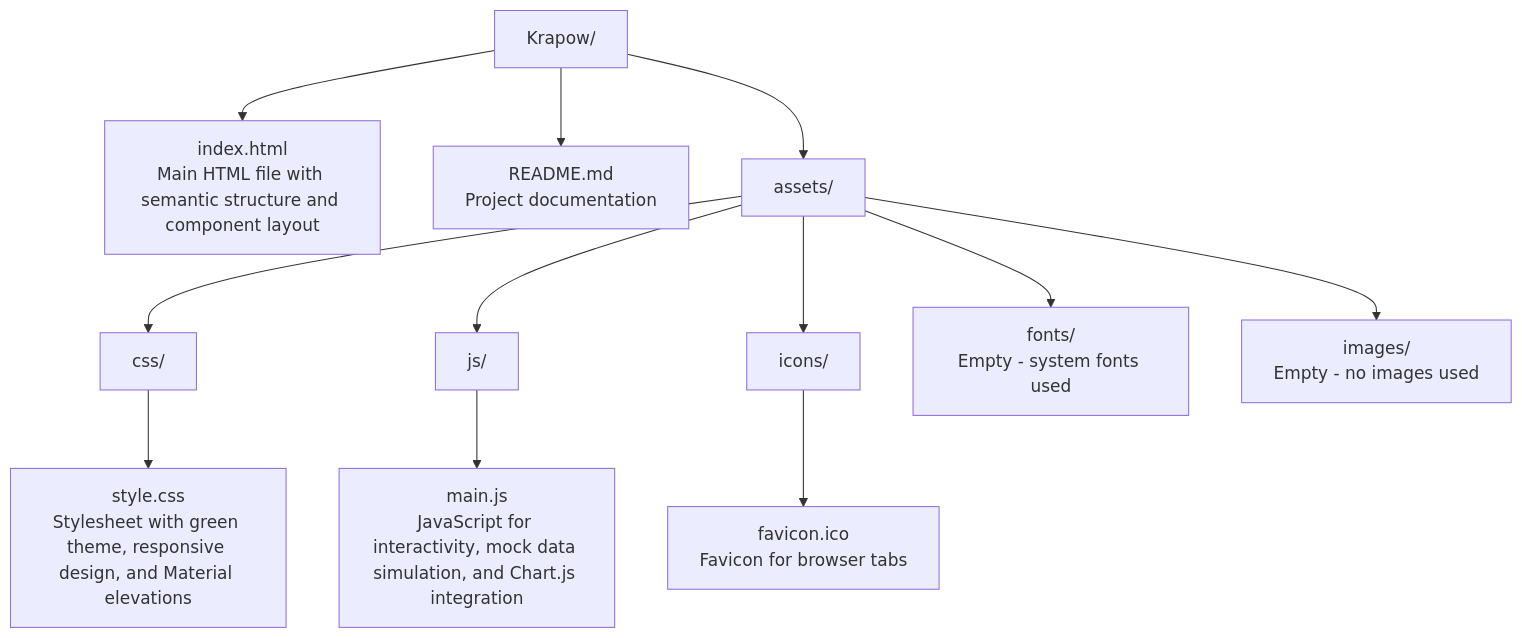
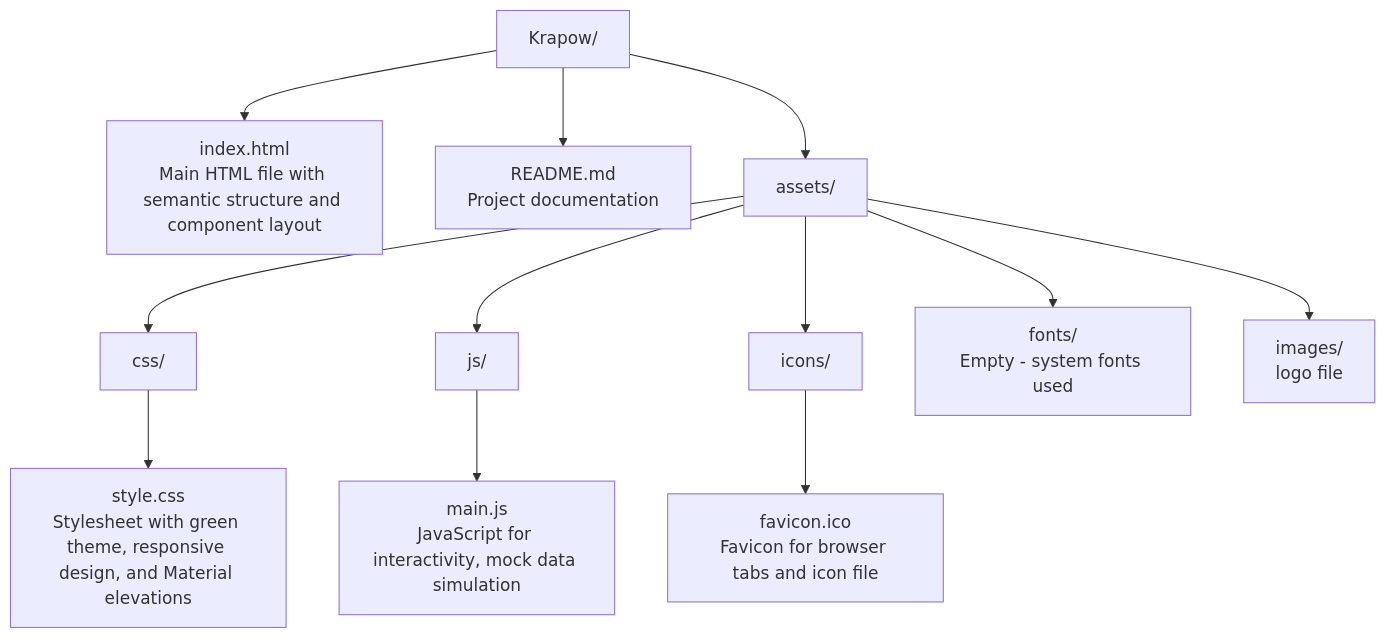
The second of 3 diagrams in krapow/Readme.md (panuwsan/panuwsan.github.io), drawn with Mermaid before and after one commit. The commit also changed other lines of this file, not shown here.

Commit message:
Edit readme file

````diff
--- a/krapow/Readme.md
+++ b/krapow/Readme.md
@@ -210,14 +209,14 @@
 ```mermaid
 graph TD
     A[Krapow/] --> B[index.html<br/>Main HTML file with semantic structure and component layout]
     A --> C[README.md<br/>Project documentation]
     A --> D[assets/]
     D --> E[css/]
     E --> F[style.css<br/>Stylesheet with green theme, responsive design, and Material elevations]
     D --> G[js/]
-    G --> H[main.js<br/>JavaScript for interactivity, mock data simulation, and Chart.js integration]
+    G --> H[main.js<br/>JavaScript for interactivity, mock data simulation]
     D --> I[icons/]
-    I --> J[favicon.ico<br/>Favicon for browser tabs]
+    I --> J[favicon.ico<br/>Favicon for browser tabs and icon file]
     D --> K[fonts/<br/>Empty - system fonts used]
-    D --> L[images/<br/>Empty - no images used]
+    D --> L[images/<br/>logo file]
 ```
````
